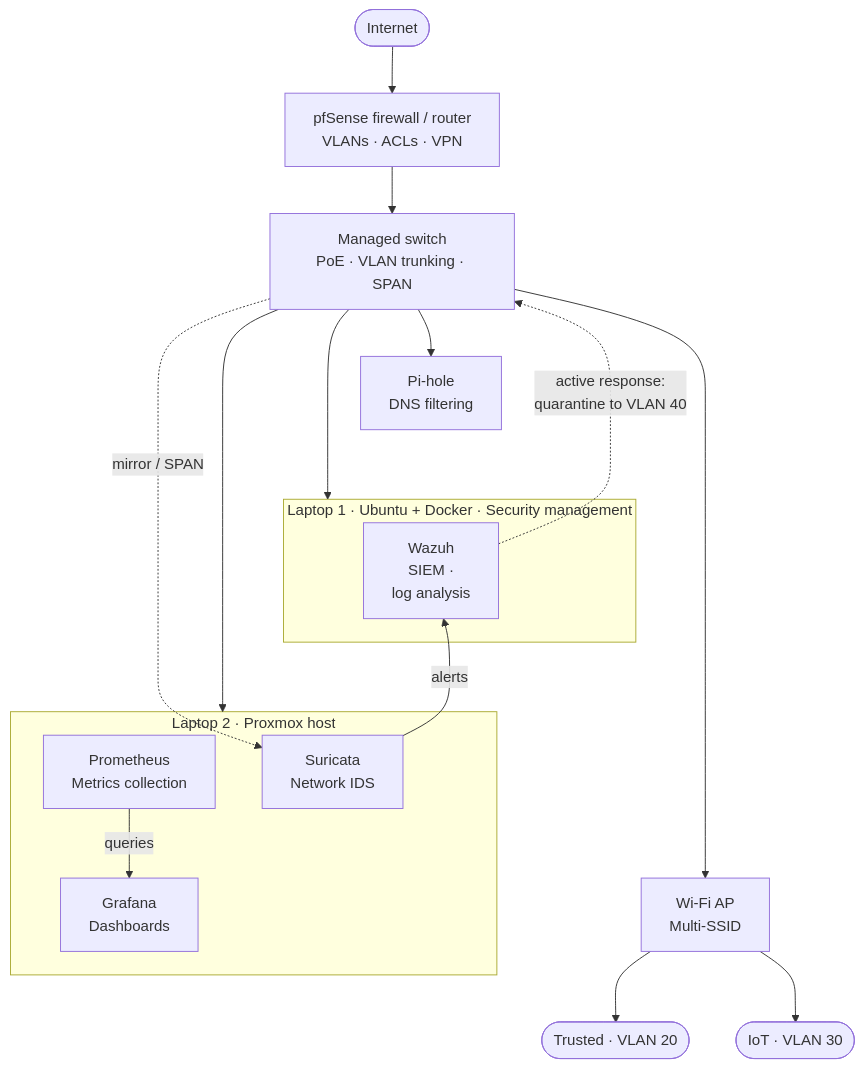
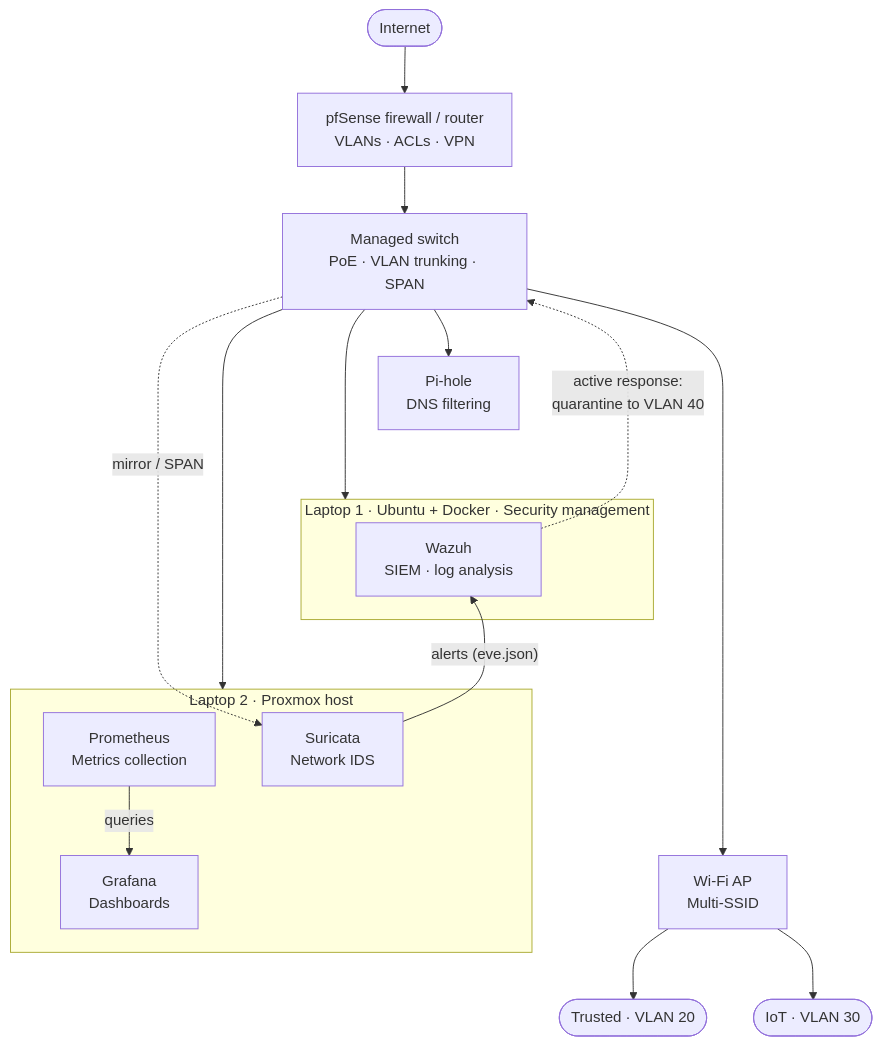
Before and after one commit to uploadtigris/network-segmentation-ids: the diagram in README.md, drawn with Mermaid. The commit also changed other lines of this file, not shown here.

````diff
--- a/README.md
+++ b/README.md
@@ -20,32 +43,26 @@
 ```mermaid
 graph TD
   NET([Internet]) --> PF["pfSense firewall / router<br/>VLANs · ACLs · VPN"]
   PF --> SW["Managed switch<br/>PoE · VLAN trunking · SPAN"]
-
   SW --> PIHOLE["Pi-hole<br/>DNS filtering"]
   SW --> L1
   SW --> L2
   SW --> AP["Wi-Fi AP<br/>Multi-SSID"]
-
   AP --> VLAN20(["Trusted · VLAN 20"])
   AP --> VLAN30(["IoT · VLAN 30"])
-
   SW -. "mirror / SPAN" .-> SURICATA
-  SURICATA -- "alerts" --> WAZUH
+  SURICATA -- "alerts (eve.json)" --> WAZUH
   WAZUH -. "active response:<br/>quarantine to VLAN 40" .-> SW
-
   subgraph L1 ["Laptop 1 · Ubuntu + Docker · Security management"]
-    WAZUH["Wazuh<br/>SIEM ·<br/>log analysis"]
+    WAZUH["Wazuh<br/>SIEM · log analysis"]
   end
-
   subgraph L2 ["Laptop 2 · Proxmox host"]
     SURICATA["Suricata<br/>Network IDS"]
     PROM["Prometheus<br/>Metrics collection"]
     GRAF["Grafana<br/>Dashboards"]
     PROM -- "queries" --> GRAF
   end
-
   PIHOLE ~~~ L1
   L1 ~~~ L2
   L2 ~~~ AP
 ```
````
